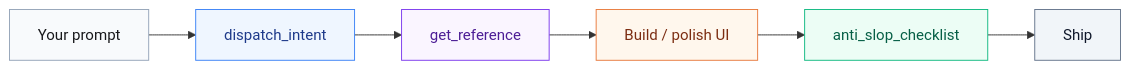
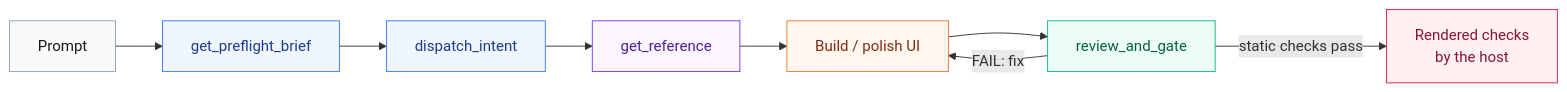
The diagram in README.md (PyModel/designer-skill), drawn with Mermaid before and after one commit. The commit also changed other lines of this file and 5 other files, not shown here.

````diff
--- a/README.md
+++ b/README.md
@@ -99,14 +103,22 @@
 ```mermaid
 flowchart LR
-  A[Your prompt] --> B[dispatch_intent]
-  B --> C[get_reference]
-  C --> D[Build / polish UI]
-  D --> E[anti_slop_checklist]
-  E --> F[Ship]
-  style A fill:#f8fafc,stroke:#94a3b8,color:#18181b
-  style B fill:#eff6ff,stroke:#3b82f6,color:#1e3a8a
-  style C fill:#faf5ff,stroke:#7c3aed,color:#4c1d95
-  style D fill:#fff7ed,stroke:#e87a3d,color:#7c2d12
-  style E fill:#ecfdf5,stroke:#10b981,color:#065f46
-  style F fill:#f1f5f9,stroke:#64748b,color:#0f172a
+  A[Prompt] --> B[get_preflight_brief]
+  B --> C[dispatch_intent]
+  C --> D[get_reference]
+  D --> E[Build / polish UI]
+  E --> F[review_and_gate]
+  F -->|FAIL: fix| E
+  F -->|static checks pass| G[Rendered checks<br/>by the host]
+  classDef start fill:#f8fafc,stroke:#94a3b8,color:#18181b
+  classDef route fill:#eff6ff,stroke:#3b82f6,color:#1e3a8a
+  classDef know fill:#faf5ff,stroke:#7c3aed,color:#4c1d95
+  classDef work fill:#fff7ed,stroke:#e87a3d,color:#7c2d12
+  classDef gate fill:#ecfdf5,stroke:#10b981,color:#065f46
+  classDef host fill:#fff1f2,stroke:#e11d48,color:#881337
+  class A start
+  class B,C route
+  class D know
+  class E work
+  class F gate
+  class G host
 ```
````
